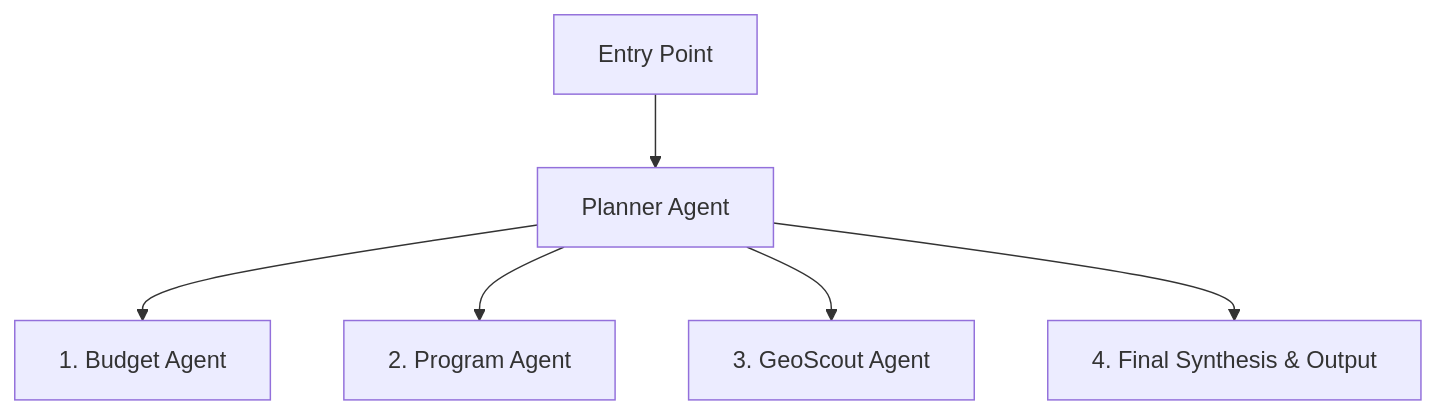
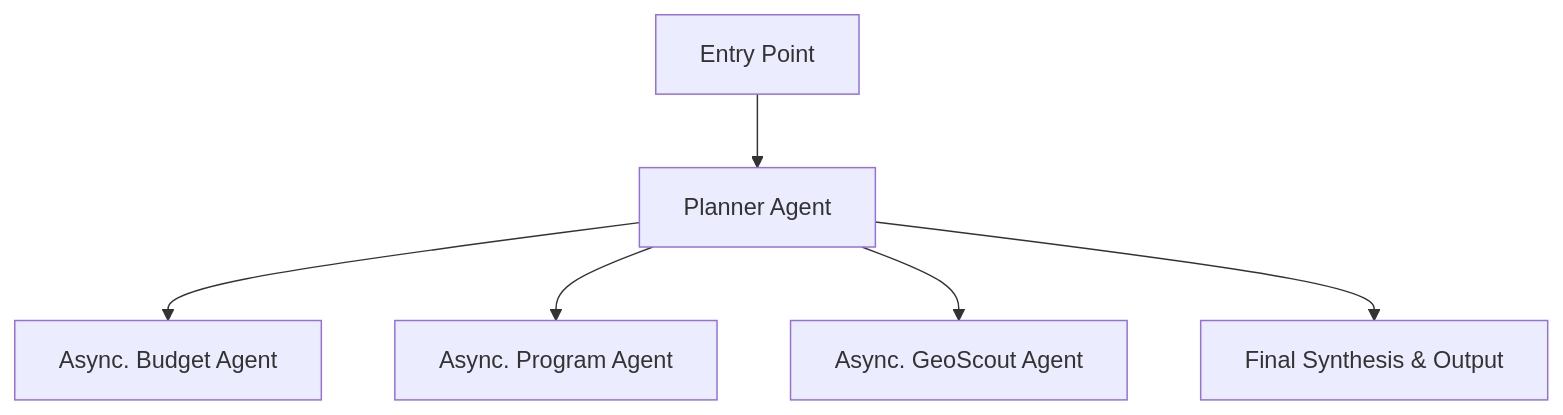
Before and after one commit to jackyang25/agentic-system-with-distributed-mcp-servers: the diagram in README.md, drawn with Mermaid.

````diff
--- a/README.md
+++ b/README.md
@@ -45,8 +45,8 @@
 ```mermaid
 flowchart TD
   F[Entry Point] --> A[Planner Agent]
-  A --> B[1. Budget Agent]
-  A --> C[2. Program Agent]
-  A --> D[3. GeoScout Agent]
-  A --> E[4. Final Synthesis & Output]
+  A --> B[Async. Budget Agent]
+  A --> C[Async. Program Agent]
+  A --> D[Async. GeoScout Agent]
+  A --> E[Final Synthesis & Output]
 ```
````
